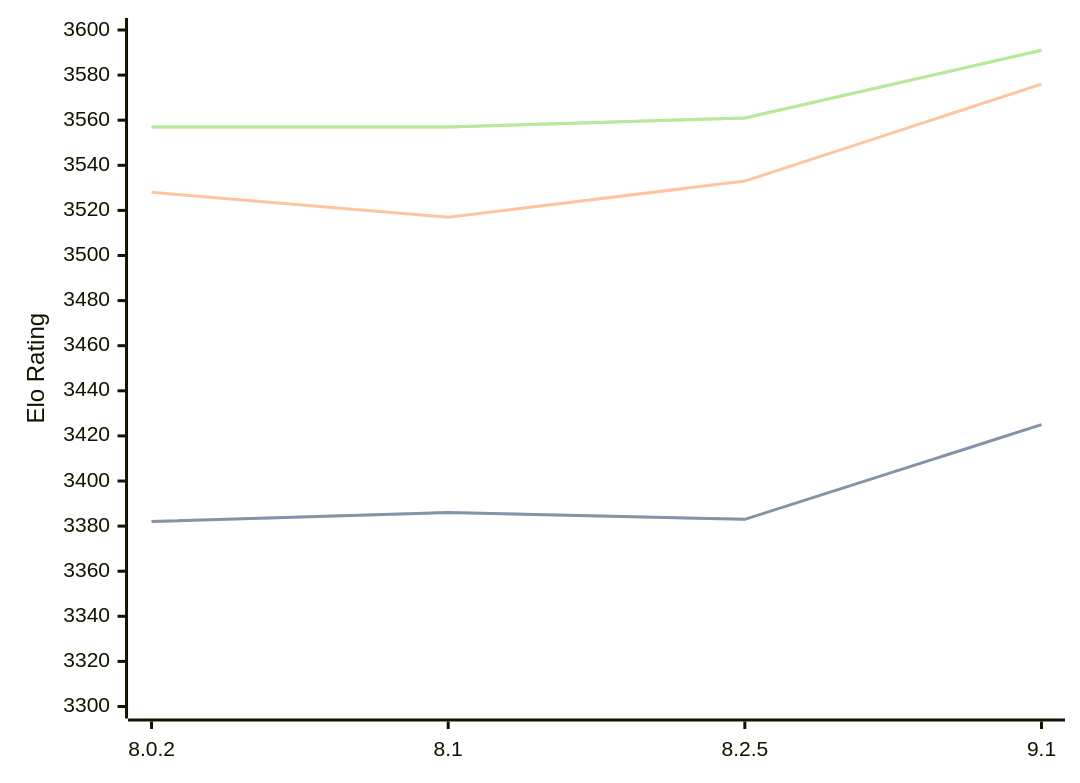
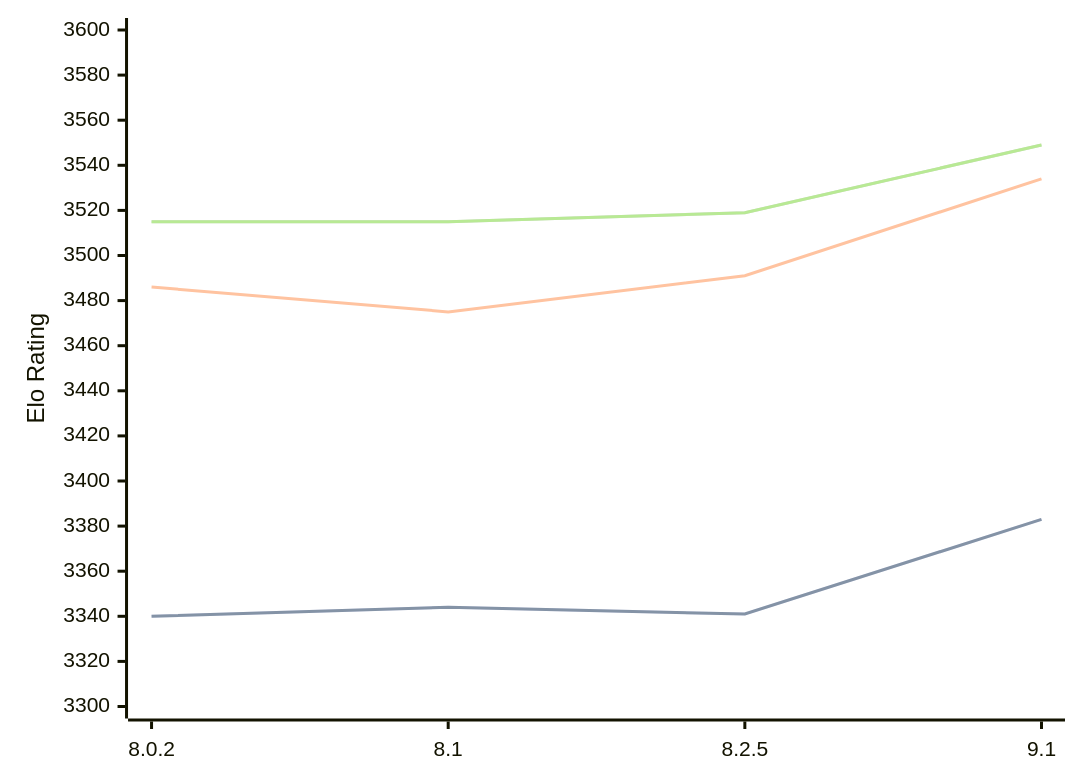
Before and after one commit to computer-chess-index/cci: the diagram in engines/Clover.md, drawn with Mermaid. The commit also changed other lines of this file, not shown here.

Commit message:
Update CCI Ratings (ELO VLTC) - 2026-05-19

````diff
--- a/engines/Clover.md
+++ b/engines/Clover.md
@@ -64,11 +64,11 @@
 ```mermaid
 %%{init: {"theme":"base","themeVariables":{"seriesColors:['#a3a3a3','#222221','#faa371']}}}%%
 xychart-beta
   x-axis ["8.0.2", "8.1", "8.2.5", "9.1"]
   y-axis "Elo Rating" 3300 --> 3600
-  line "STC (8.0+0.08s)" [3382, 3386, 3383, 3425]
-  line "STC (8.0+0.08s)" [3382, 3386, 3383, 3425]
-  line "LTC (60.0+0.60s)" [3528, 3517, 3533, 3576]
-  line "VLTC (2m24s+1.12s)" [3557, 3557, 3561, 3591]
-  line "VLTC (2m24s+1.12s)" [3557, 3557, 3561, 3591]
+  line "STC (8.0+0.08s)" [3340, 3344, 3341, 3383]
+  line "STC (8.0+0.08s)" [3340, 3344, 3341, 3383]
+  line "LTC (60.0+0.60s)" [3486, 3475, 3491, 3534]
+  line "VLTC (2m24s+1.12s)" [3515, 3515, 3519, 3549]
+  line "VLTC (2m24s+1.12s)" [3515, 3515, 3519, 3549]
 ```
````
